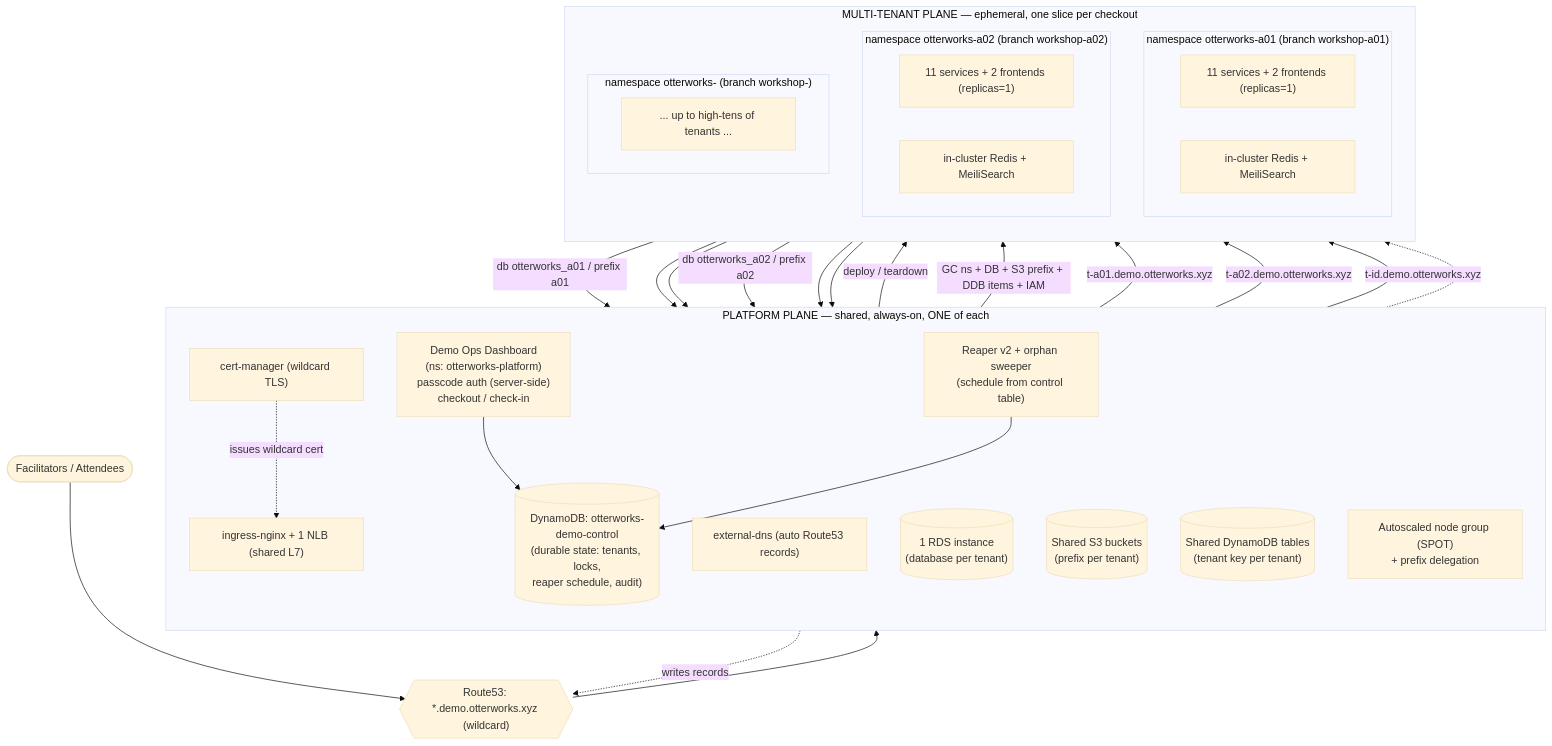
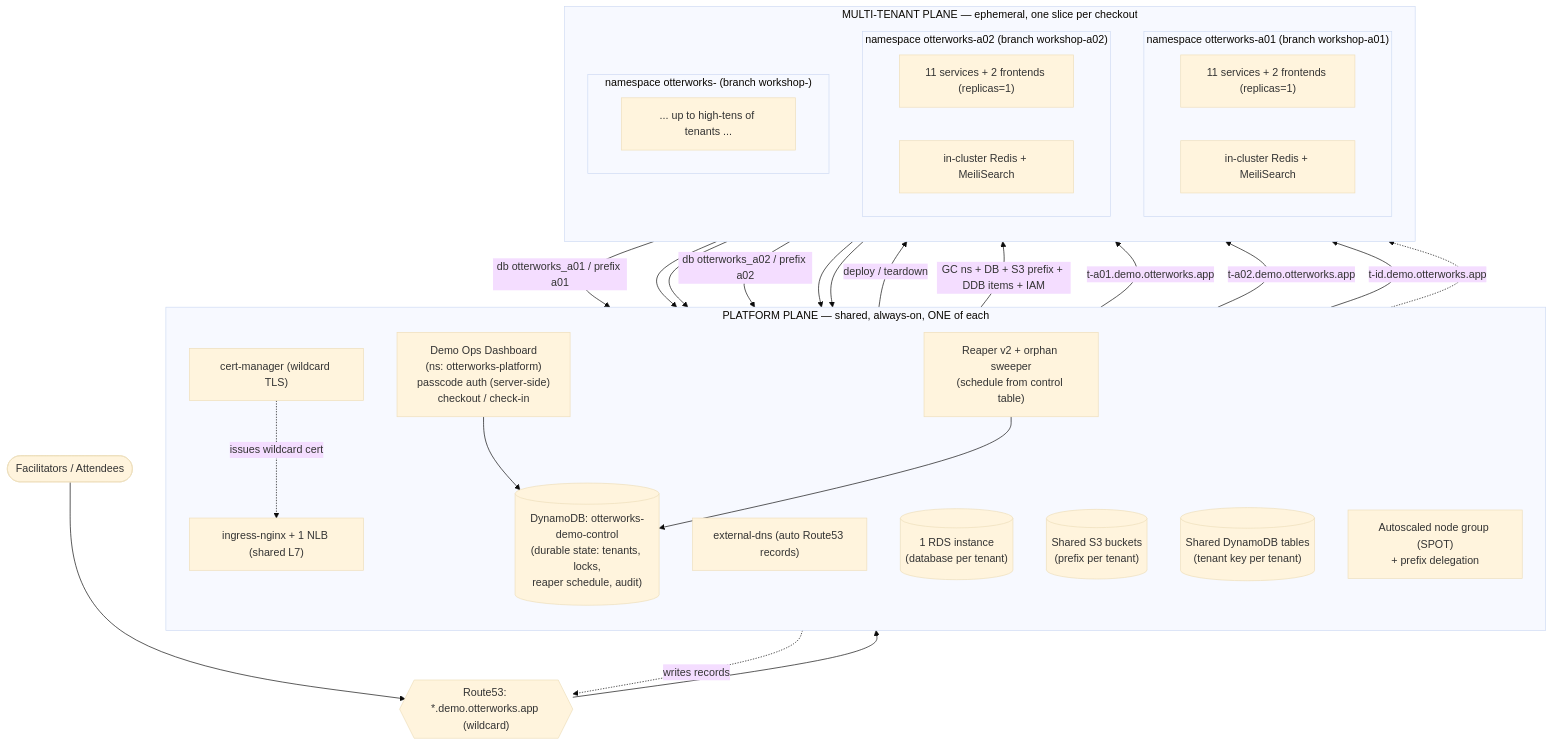
The diagram in demo-platform/docs/platform-vs-multitenant.mmd (Cognition-Partner-Workshops/otterworks), drawn with Mermaid (base theme) before and after one commit. The commit also changed 19 other files, not shown here.

Commit message:
Switch demo platform domain default from otterworks.xyz to otterworks.app

```diff
--- a/demo-platform/docs/platform-vs-multitenant.mmd
+++ b/demo-platform/docs/platform-vs-multitenant.mmd
@@ -1,55 +1,55 @@
 flowchart TB
     user([Facilitators / Attendees])
-    dns{{"Route53: *.demo.otterworks.xyz (wildcard)"}}
+    dns{{"Route53: *.demo.otterworks.app (wildcard)"}}
 
     user --> dns
 
     subgraph PLATFORM["PLATFORM PLANE — shared, always-on, ONE of each"]
       direction TB
       nlb["ingress-nginx + 1 NLB (shared L7)"]
       certmgr["cert-manager (wildcard TLS)"]
       extdns["external-dns (auto Route53 records)"]
       dash["Demo Ops Dashboard\n(ns: otterworks-platform)\npasscode auth (server-side)\ncheckout / check-in"]
       ctrl[("DynamoDB: otterworks-demo-control\n(durable state: tenants, locks,\nreaper schedule, audit)")]
       reaper["Reaper v2 + orphan sweeper\n(schedule from control table)"]
       rds[("1 RDS instance\n(database per tenant)")]
       s3shared[("Shared S3 buckets\n(prefix per tenant)")]
       ddbshared[("Shared DynamoDB tables\n(tenant key per tenant)")]
       nodes["Autoscaled node group (SPOT)\n+ prefix delegation"]
     end
 
     dns --> nlb
     dash --> ctrl
     reaper --> ctrl
     dash -->|deploy / teardown| MT
     reaper -->|GC ns + DB + S3 prefix + DDB items + IAM| MT
 
     subgraph MT["MULTI-TENANT PLANE — ephemeral, one slice per checkout"]
       direction TB
       subgraph T1["namespace otterworks-a01  (branch workshop-a01)"]
         svc1["11 services + 2 frontends (replicas=1)"]
         rm1["in-cluster Redis + MeiliSearch"]
       end
       subgraph T2["namespace otterworks-a02  (branch workshop-a02)"]
         svc2["11 services + 2 frontends (replicas=1)"]
         rm2["in-cluster Redis + MeiliSearch"]
       end
       subgraph TN["namespace otterworks-<id>  (branch workshop-<id>)"]
         svcN["... up to high-tens of tenants ..."]
       end
     end
 
-    nlb -->|t-a01.demo.otterworks.xyz| T1
-    nlb -->|t-a02.demo.otterworks.xyz| T2
-    nlb -->|t-id.demo.otterworks.xyz| TN
+    nlb -->|t-a01.demo.otterworks.app| T1
+    nlb -->|t-a02.demo.otterworks.app| T2
+    nlb -->|t-id.demo.otterworks.app| TN
 
     T1 -->|db otterworks_a01 / prefix a01| rds
     T1 --> s3shared
     T1 --> ddbshared
     T2 -->|db otterworks_a02 / prefix a02| rds
     T2 --> s3shared
     T2 --> ddbshared
 
     certmgr -. issues wildcard cert .-> nlb
     extdns -. writes records .-> dns
     nodes -.-> MT
```
